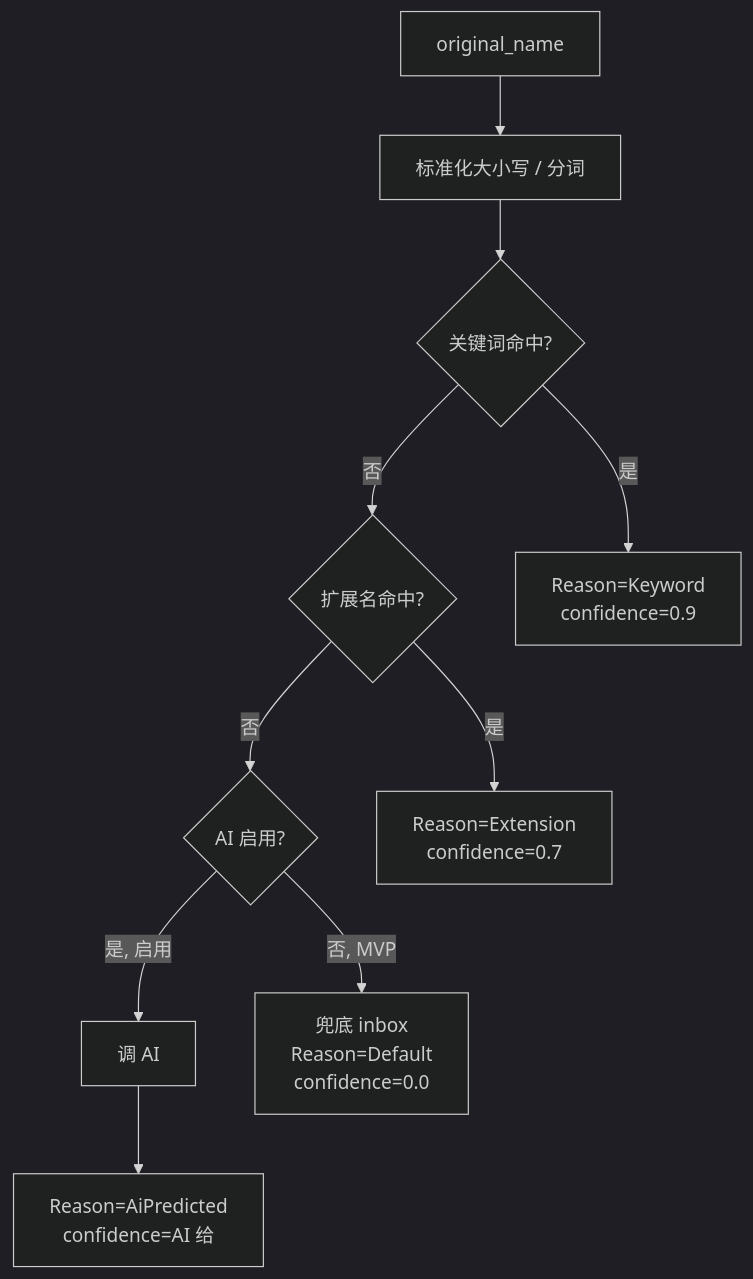
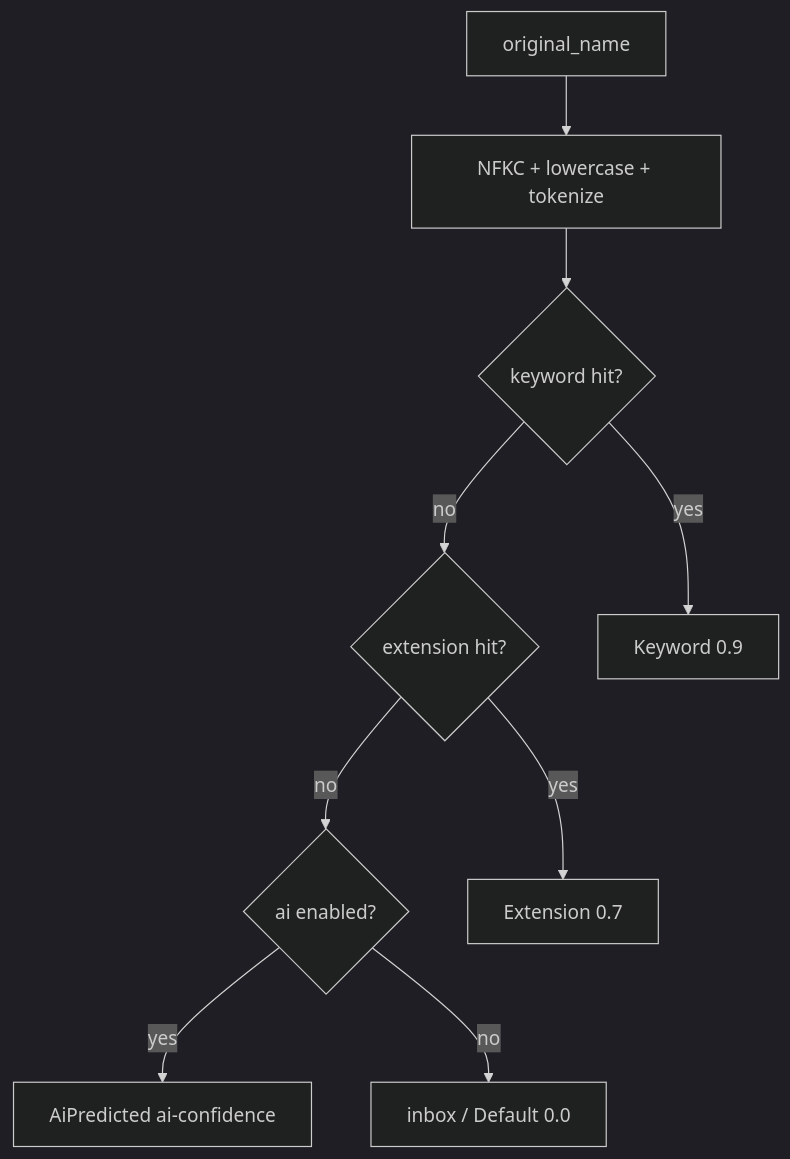
The diagram in docs/modules/classify.md (AreaSong/AreaMatrix), drawn with Mermaid (dark theme) before and after one commit. The commit also changed other lines of this file and 18 other files, not shown here.

````diff
--- a/docs/modules/classify.md
+++ b/docs/modules/classify.md
@@ -40,19 +41,21 @@
 ```mermaid
 flowchart TB
     Input[original_name]
-    Norm[标准化大小写 / 分词]
-    L1{关键词命中?}
-    L2{扩展名命中?}
-    L3{AI 启用?}
-    L1 -->|是| Result1[Reason=Keyword<br/>confidence=0.9]
-    L2 -->|是| Result2[Reason=Extension<br/>confidence=0.7]
-    L3 -->|是, 启用| AICall[调 AI]
-    AICall --> Result3[Reason=AiPredicted<br/>confidence=AI 给]
-    Default[兜底 inbox<br/>Reason=Default<br/>confidence=0.0]
+    Norm[NFKC + lowercase + tokenize]
+    L1{keyword hit?}
+    L2{extension hit?}
+    L3{ai enabled?}
+    R1[Keyword 0.9]
+    R2[Extension 0.7]
+    R3[AiPredicted ai-confidence]
+    Default[inbox / Default 0.0]
 
     Input --> Norm
     Norm --> L1
-    L1 -->|否| L2
-    L2 -->|否| L3
-    L3 -->|否, MVP| Default
+    L1 -->|yes| R1
+    L1 -->|no| L2
+    L2 -->|yes| R2
+    L2 -->|no| L3
+    L3 -->|yes| R3
+    L3 -->|no| Default
 ```
````
